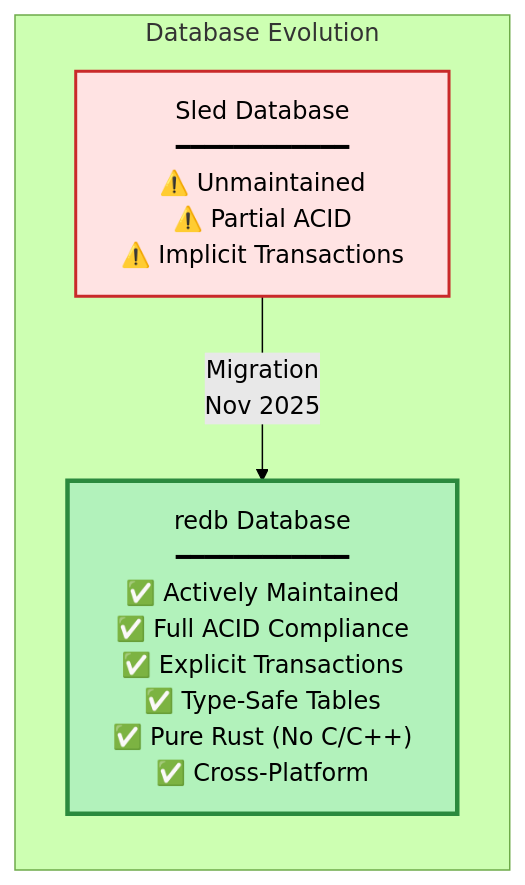
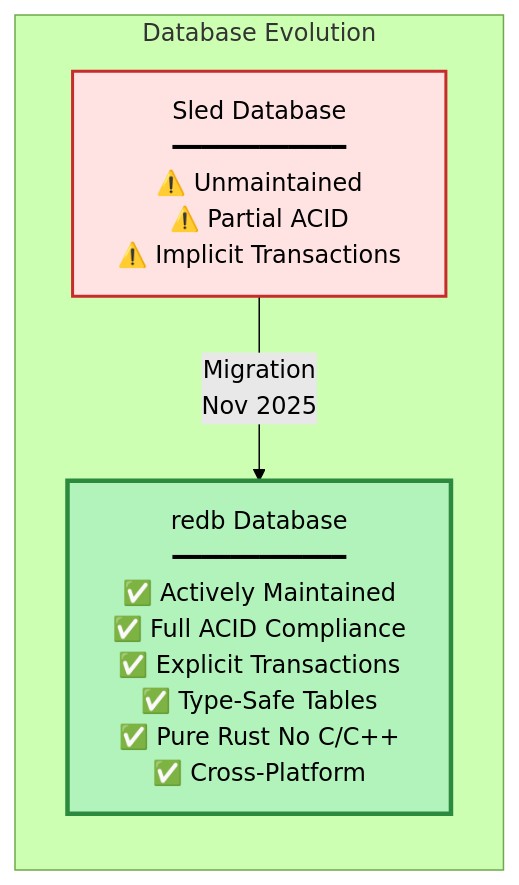
Before and after one commit to COINjecture-Network/COINjecture2.0: the third of 4 diagrams in README.md, drawn with Mermaid (forest theme). The commit also changed other lines of this file, not shown here.

First line of the commit message:
fix: Make text visible in Database Evolution and Schema mermaid diagrams

````diff
--- a/README.md
+++ b/README.md
@@ -187,13 +187,13 @@
 ```mermaid
 graph LR
     subgraph "Database Evolution"
-        style OLD fill:#ffe3e3,stroke:#c92a2a,stroke-width:2px
-        style NEW fill:#b2f2bb,stroke:#2b8a3e,stroke-width:3px
+        style OLD fill:#ffe3e3,stroke:#c92a2a,stroke-width:2px,color:#000
+        style NEW fill:#b2f2bb,stroke:#2b8a3e,stroke-width:3px,color:#000
 
         OLD["Sled Database<br/>━━━━━━━━━━━━<br/>⚠️ Unmaintained<br/>⚠️ Partial ACID<br/>⚠️ Implicit Transactions"]
 
-        NEW["redb Database<br/>━━━━━━━━━━━━<br/>✅ Actively Maintained<br/>✅ Full ACID Compliance<br/>✅ Explicit Transactions<br/>✅ Type-Safe Tables<br/>✅ Pure Rust (No C/C++)<br/>✅ Cross-Platform"]
+        NEW["redb Database<br/>━━━━━━━━━━━━<br/>✅ Actively Maintained<br/>✅ Full ACID Compliance<br/>✅ Explicit Transactions<br/>✅ Type-Safe Tables<br/>✅ Pure Rust No C/C++<br/>✅ Cross-Platform"]
 
         OLD -->|"Migration<br/>Nov 2025"| NEW
     end
 ```
````
